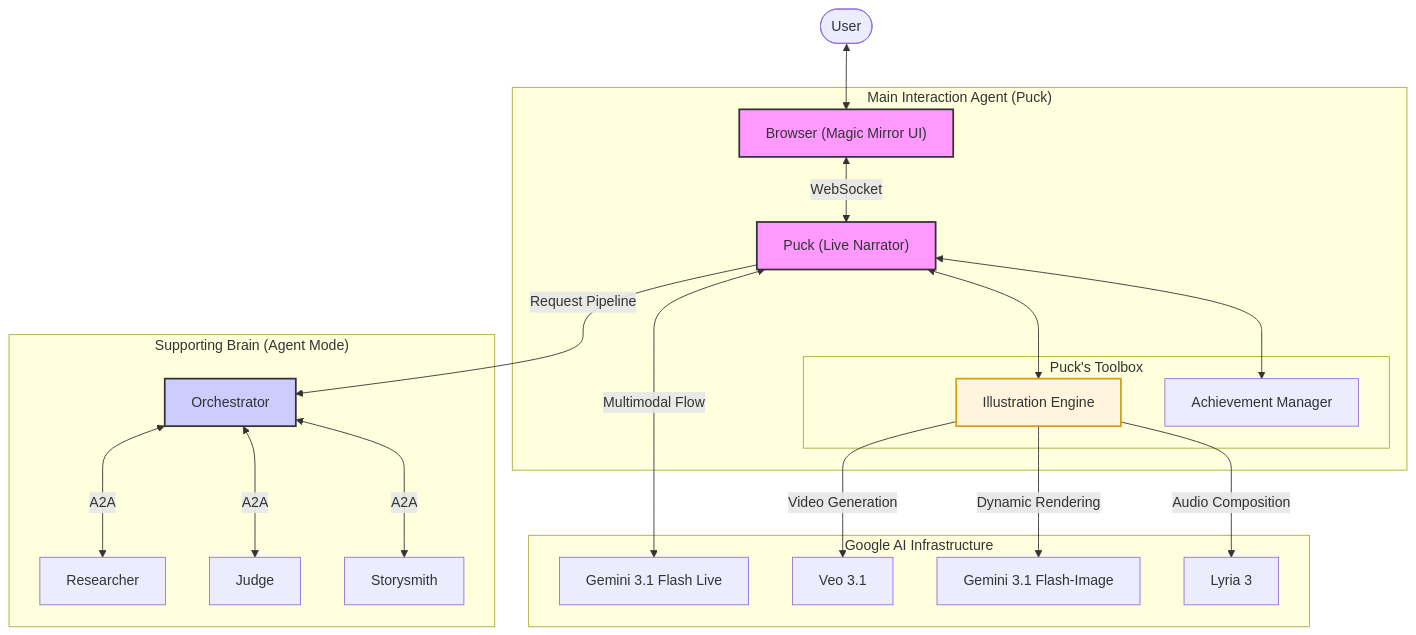
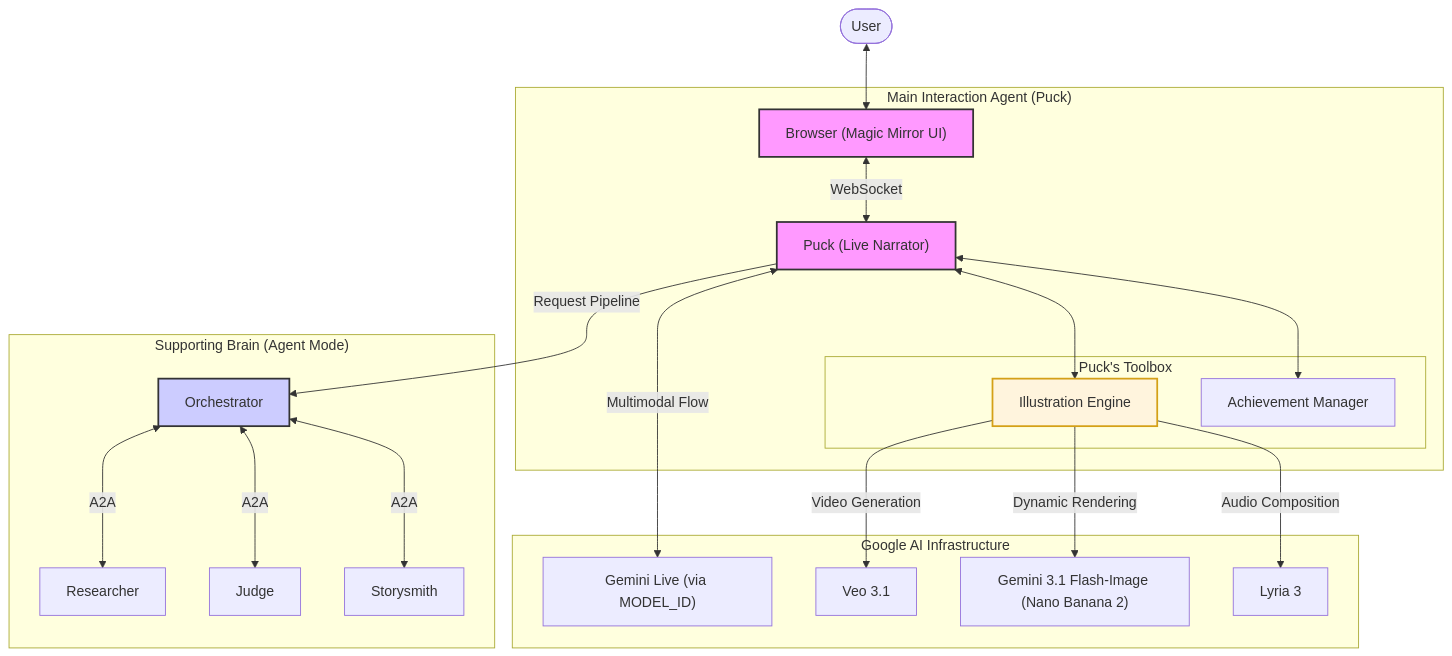
Before and after one commit to vero-code/gemini-tales-v2: the first of 4 diagrams in ARCHITECTURE.md, drawn with Mermaid. The commit also changed other lines of this file and 3 other files, not shown here.

Commit message:
docs: update architecture

````diff
--- a/ARCHITECTURE.md
+++ b/ARCHITECTURE.md
@@ -32,33 +33,33 @@
 ```mermaid
 graph TD
     User([User]) <--> Browser["Browser (Magic Mirror UI)"]
     
     subgraph "Main Interaction Agent (Puck)"
         Browser <-->|WebSocket| Puck["Puck (Live Narrator)"]
         subgraph "Puck's Toolbox"
             Illustrator["Illustration Engine"]
             Awards["Achievement Manager"]
         end
         Puck <--> Illustrator
         Puck <--> Awards
     end
     
     subgraph "Google AI Infrastructure"
-        Puck <-->|Multimodal Flow| GeminiLive[Gemini 3.1 Flash Live]
+        Puck <-->|Multimodal Flow| GeminiLive["Gemini Live (via MODEL_ID)"]
         Illustrator -->|Video Generation| Veo[Veo 3.1]
-        Illustrator -->|Dynamic Rendering| FlashImage[Gemini 3.1 Flash-Image]
+        Illustrator -->|Dynamic Rendering| FlashImage["Gemini 3.1 Flash-Image (Nano Banana 2)"]
         Illustrator -->|Audio Composition| Lyria3[Lyria 3]
     end
     
     subgraph "Supporting Brain (Agent Mode)"
         Puck -->|Request Pipeline| Orchestrator[Orchestrator]
         Orchestrator <-->|A2A| Researcher[Researcher]
         Orchestrator <-->|A2A| Judge[Judge]
         Orchestrator <-->|A2A| Storysmith[Storysmith]
     end
     
     style Browser fill:#f9f,stroke:#333,stroke-width:2px
     style Puck fill:#f9f,stroke:#333,stroke-width:2px
     style Orchestrator fill:#ccf,stroke:#333,stroke-width:2px
     style Illustrator fill:#fff4dd,stroke:#d4a017,stroke-width:2px
 ```
````
